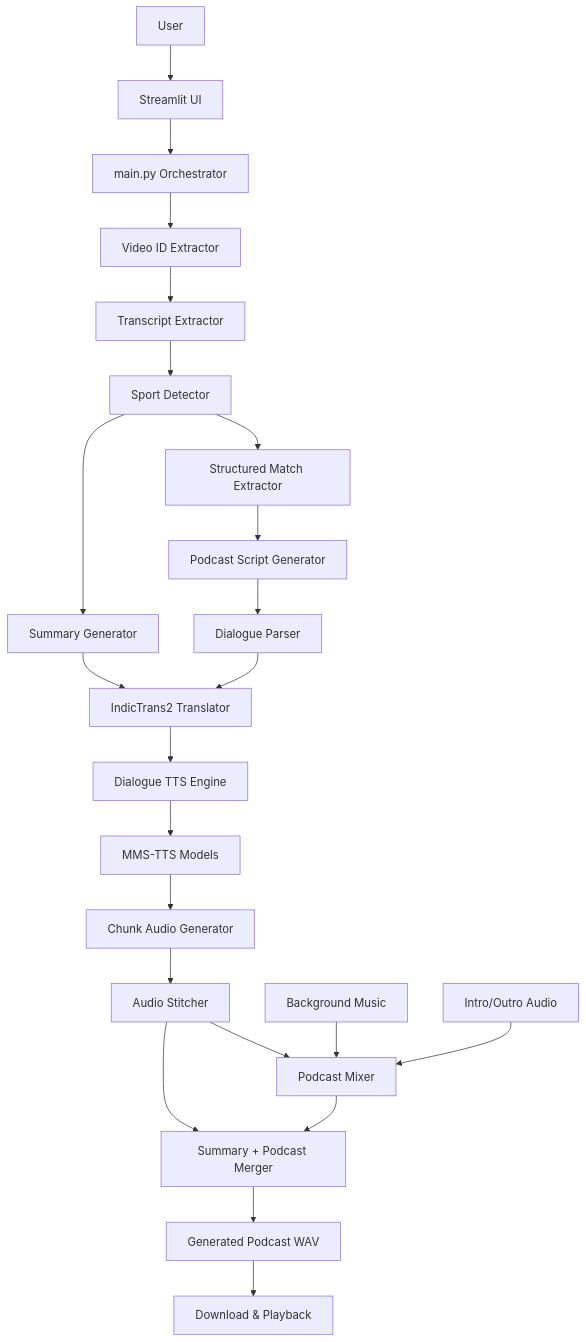
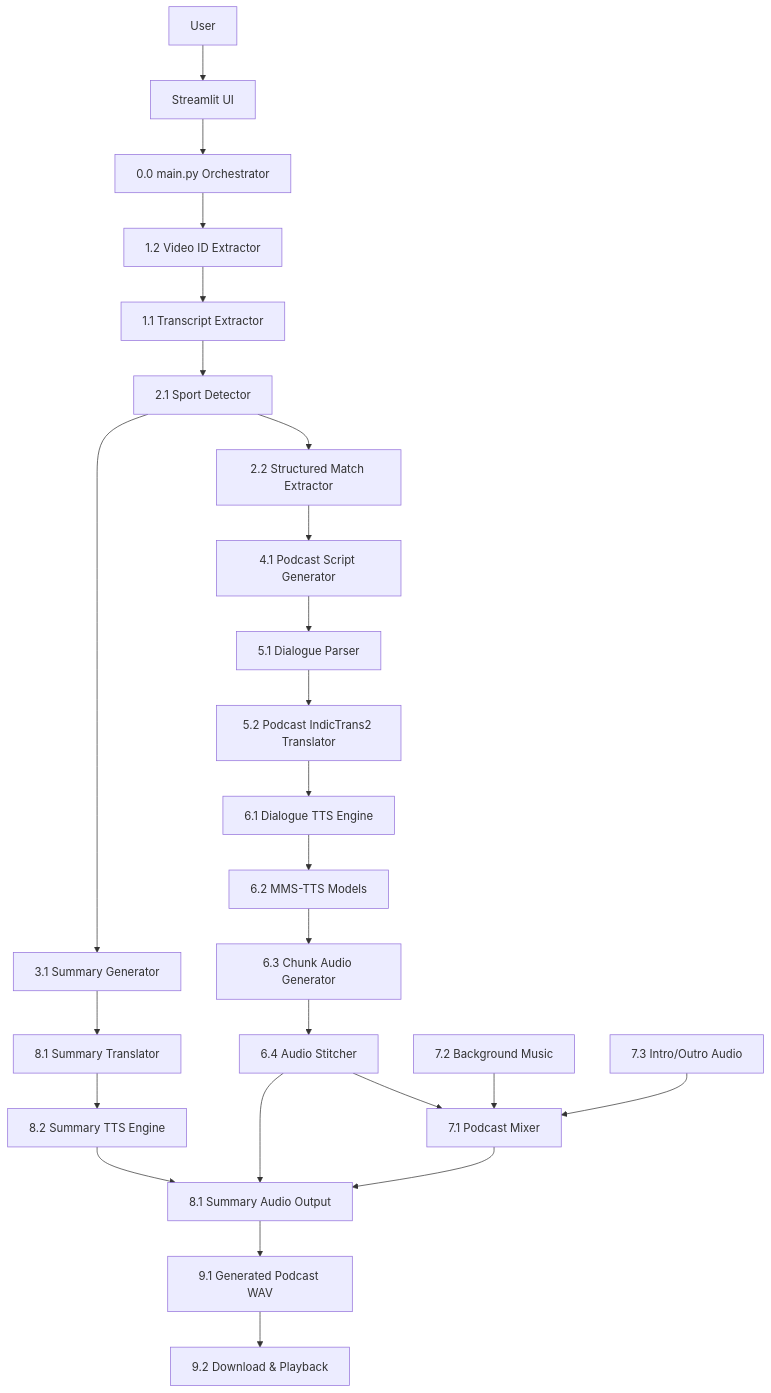
The third of 9 diagrams in docs/5_dfd.md (sahaniom/Podcast-Generator), drawn with Mermaid before and after one commit. The commit also changed other lines of this file and 6 other files, not shown here.

Commit message:
summary output separated

```diff
--- a/docs/5_dfd.md
+++ b/docs/5_dfd.md
@@ -89,39 +92,41 @@
     UI[Streamlit UI]
 
     %% MAIN ORCHESTRATOR
-    M[main.py Orchestrator]
+    M[0.0 main.py Orchestrator]
 
     %% TRANSCRIPT LAYER
-    T1[Transcript Extractor]
-    T2[Video ID Extractor]
+    T1[1.1 Transcript Extractor]
+    T2[1.2 Video ID Extractor]
 
     %% LLM LAYER
-    S1[Sport Detector]
-    S3[Summary Generator]
-    S2[Structured Match Extractor]
+    S1[2.1 Sport Detector]
+    S3[3.1 Summary Generator]
+    S2[2.2 Structured Match Extractor]
 
     %% GENERATION
-    G1[Podcast Script Generator]
+    G1[4.1 Podcast Script Generator]
 
     %% TRANSLATION
-    TR1[Dialogue Parser]
-    TR2[IndicTrans2 Translator]
+    TR1[5.1 Dialogue Parser]
+    TR2[5.2 Podcast IndicTrans2 Translator]
+    TR3[8.1 Summary Translator]
 
     %% TTS
-    TT1[Dialogue TTS Engine]
-    TT2[MMS-TTS Models]
-    TT3[Chunk Audio Generator]
-    TT4[Audio Stitcher]
+    TT1[6.1 Dialogue TTS Engine]
+    TT2[6.2 MMS-TTS Models]
+    TT3[6.3 Chunk Audio Generator]
+    TT4[6.4 Audio Stitcher]
+    TT5[8.2 Summary TTS Engine]
 
     %% AUDIO PROCESSING
-    A1[Podcast Mixer]
-    A2[Background Music]
-    A3[Intro/Outro Audio]
-    A4[Summary + Podcast Merger]
+    A1[7.1 Podcast Mixer]
+    A2[7.2 Background Music]
+    A3[7.3 Intro/Outro Audio]
+    A4[8.1 Summary Audio Output]
 
     %% OUTPUT
-    O1[Generated Podcast WAV]
-    O2[Download & Playback]
+    O1[9.1 Generated Podcast WAV]
+    O2[9.2 Download & Playback]
 
     %% FLOW
     U --> UI
@@ -135,7 +140,6 @@
     S1 --> S3
     S1 --> S2
 
-    S3 --> TR2
     S2 --> G1
 
     G1 --> TR1
@@ -143,12 +147,17 @@
 
     TR2 --> TT1
 
+    S3 --> TR3
+    TR3 --> TT5
+
     TT1 --> TT2
     TT2 --> TT3
     TT3 --> TT4
 
+    TT4 --> A4
+    TT5 --> A4
+
     TT4 --> A1
-    TT4 --> A4
 
     A2 --> A1
     A3 --> A1
```
